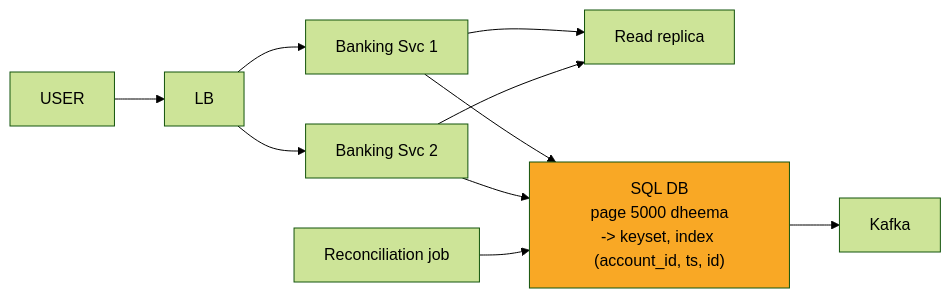
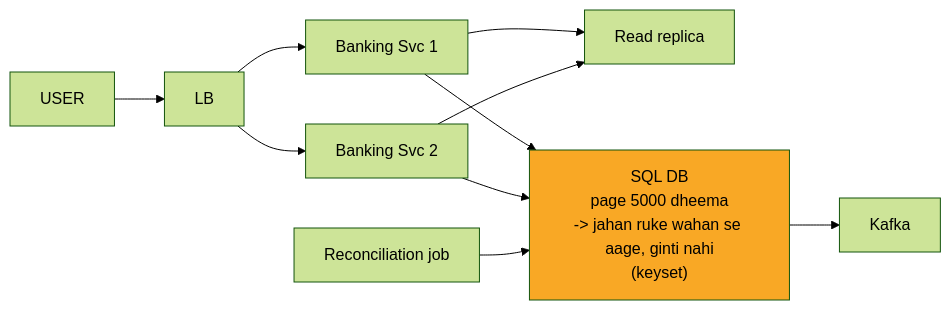
Before and after one commit to ArpanMaheshwari144/Prep: diagram 11 of 13 in 04_HLD/SYSTEM_DESIGNS/13_banking_system/13_banking_system.md, drawn with Mermaid (forest theme). The commit also changed other lines of this file and 13 other files, not shown here.

````diff
--- a/04_HLD/SYSTEM_DESIGNS/13_banking_system/13_banking_system.md
+++ b/04_HLD/SYSTEM_DESIGNS/13_banking_system/13_banking_system.md
@@ -337,21 +337,21 @@
 ```mermaid
 flowchart LR
     n_USER["USER"]
     n_LB["LB"]
     n_S1["Banking Svc 1"]
     n_S2["Banking Svc 2"]
     n_RR["Read replica"]
-    n_DB["SQL DB<br/>page 5000 dheema<br/>-> keyset, index (account_id, ts, id)"]
+    n_DB["SQL DB<br/>page 5000 dheema<br/>-> jahan ruke wahan se aage, ginti nahi<br/>(keyset)"]
     n_K["Kafka"]
     n_REC["Reconciliation job"]
     n_USER --> n_LB
     n_LB --> n_S1
     n_LB --> n_S2
     n_S1 --> n_RR
     n_S2 --> n_RR
     n_S1 --> n_DB
     n_S2 --> n_DB
     n_DB --> n_K
     n_REC --> n_DB
     style n_DB fill:#f9a825,color:#000
 ```
````
